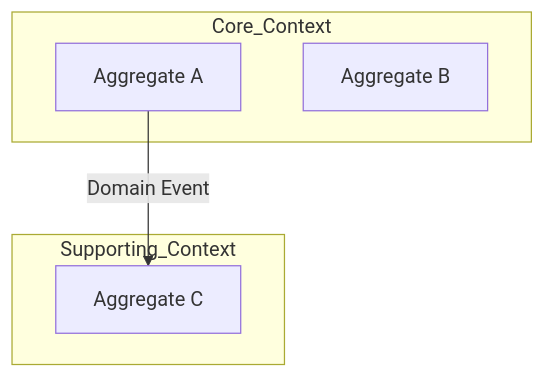
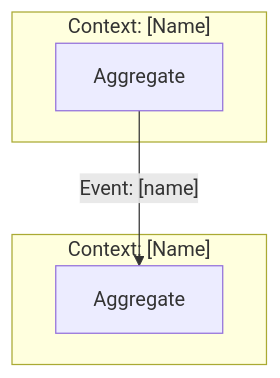
One commit to roblevine/larj-model changed the fourth of 4 diagrams in ddd-conversation/session-template.md. Above: the diagram before and after it, drawn with Mermaid. The commit also changed other lines of this file and 1 other file, not shown here.

Commit message:
refactor(ddd-conversation): restructure for LLM compliance and add skeleton flow

````diff
--- a/ddd-conversation/session-template.md
+++ b/ddd-conversation/session-template.md
@@ -249,13 +292,12 @@
 ```mermaid
 flowchart TB
-  subgraph Core_Context
-    A[Aggregate A]
-    B[Aggregate B]
+  subgraph Context_A["Context: [Name]"]
+    A1[Aggregate]
   end
 
-  subgraph Supporting_Context
-    C[Aggregate C]
+  subgraph Context_B["Context: [Name]"]
+    B1[Aggregate]
   end
 
-  A -->|Domain Event| C
+  A1 -->|"Event: [name]"| B1
 ```
````
